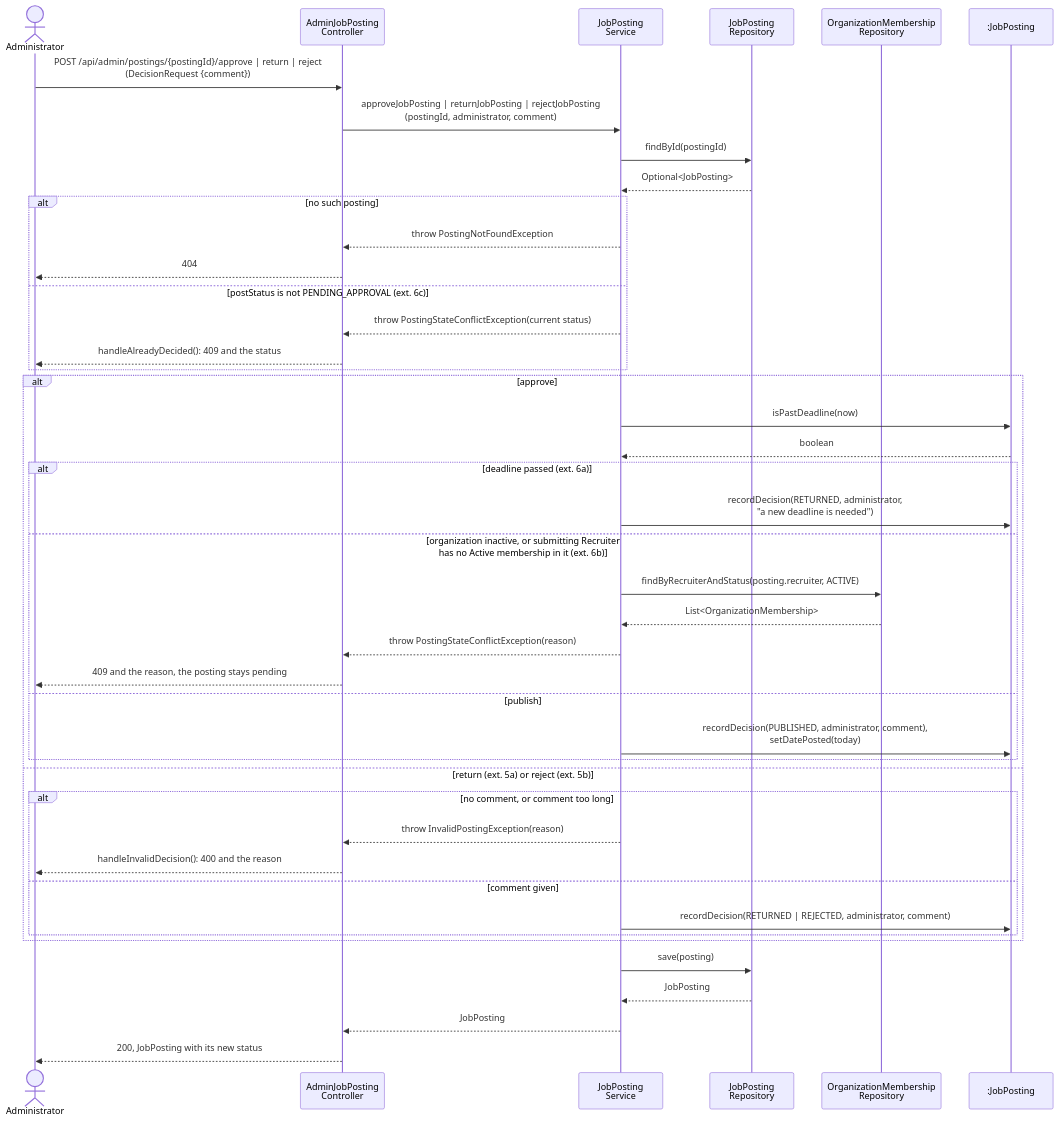
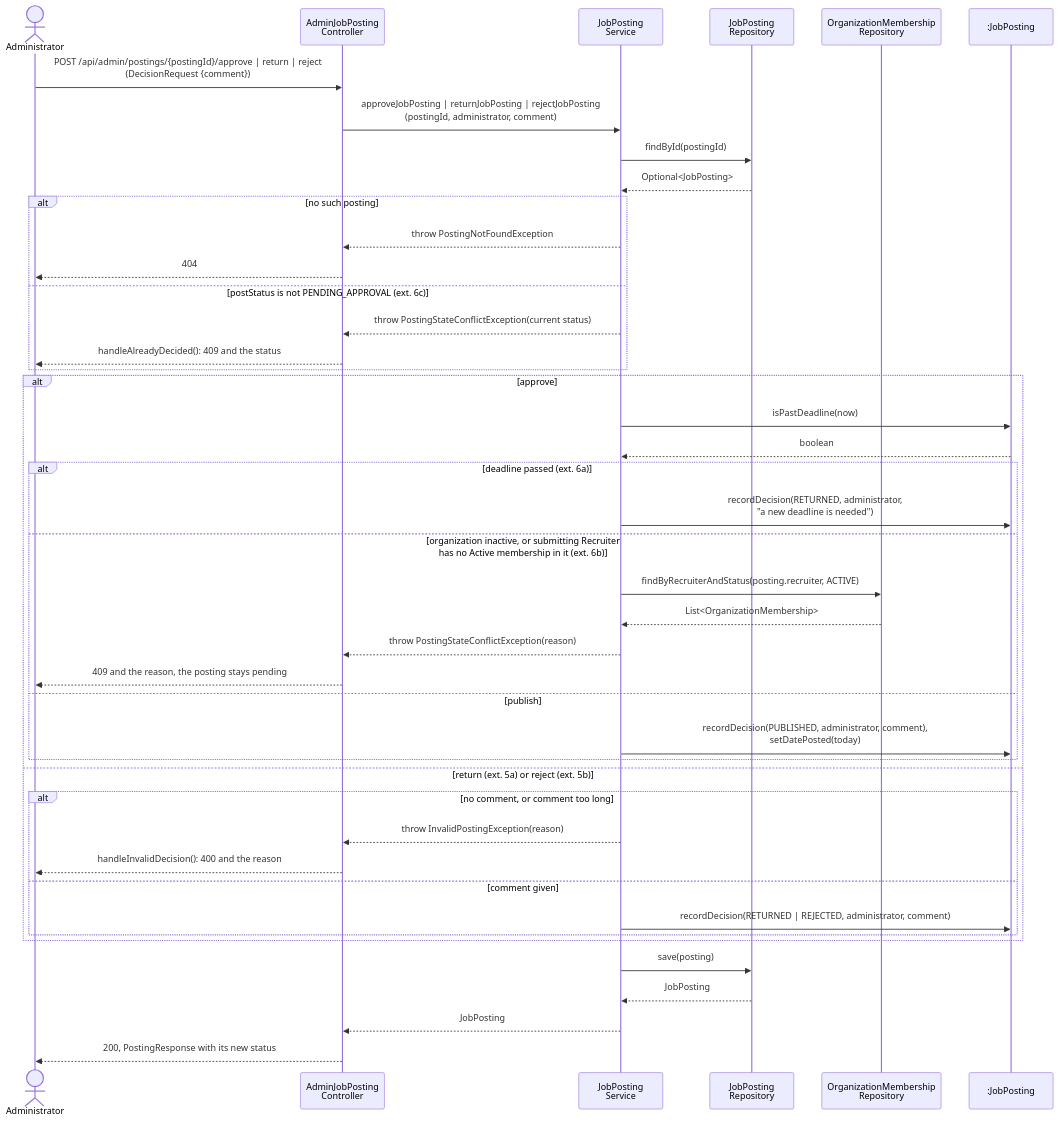
One commit to berdyshevol/careerbridge-csi5324 changed diagram 14 of 17 in spec/design.md. Above: the diagram before and after it, drawn with Mermaid. The commit also changed other lines of this file and 5 other files, not shown here.

First line of the commit message:
SCRUM-262 Recruiter and administrator posting answers go through PostingResponse

````diff
--- a/spec/design.md
+++ b/spec/design.md
@@ -682,46 +682,46 @@
 ```mermaid
 sequenceDiagram
     actor A as Administrator
     participant AC as AdminJobPosting<br/>Controller
     participant JS as JobPosting<br/>Service
     participant JR as JobPosting<br/>Repository
     participant MR as OrganizationMembership<br/>Repository
     participant P as :JobPosting
 
     A->>AC: POST /api/admin/postings/{postingId}/approve | return | reject<br/>(DecisionRequest {comment})
     AC->>JS: approveJobPosting | returnJobPosting | rejectJobPosting<br/>(postingId, administrator, comment)
     JS->>JR: findById(postingId)
     JR-->>JS: Optional<JobPosting>
     alt no such posting
         JS-->>AC: throw PostingNotFoundException
         AC-->>A: 404
     else postStatus is not PENDING_APPROVAL (ext. 6c)
         JS-->>AC: throw PostingStateConflictException(current status)
         AC-->>A: handleAlreadyDecided(): 409 and the status
     end
     alt approve
         JS->>P: isPastDeadline(now)
         P-->>JS: boolean
         alt deadline passed (ext. 6a)
             JS->>P: recordDecision(RETURNED, administrator,<br/>"a new deadline is needed")
         else organization inactive, or submitting Recruiter<br/>has no Active membership in it (ext. 6b)
             JS->>MR: findByRecruiterAndStatus(posting.recruiter, ACTIVE)
             MR-->>JS: List<OrganizationMembership>
             JS-->>AC: throw PostingStateConflictException(reason)
             AC-->>A: 409 and the reason, the posting stays pending
         else publish
             JS->>P: recordDecision(PUBLISHED, administrator, comment),<br/>setDatePosted(today)
         end
     else return (ext. 5a) or reject (ext. 5b)
         alt no comment, or comment too long
             JS-->>AC: throw InvalidPostingException(reason)
             AC-->>A: handleInvalidDecision(): 400 and the reason
         else comment given
             JS->>P: recordDecision(RETURNED | REJECTED, administrator, comment)
         end
     end
     JS->>JR: save(posting)
     JR-->>JS: JobPosting
     JS-->>AC: JobPosting
-    AC-->>A: 200, JobPosting with its new status
+    AC-->>A: 200, PostingResponse with its new status
 ```
````
